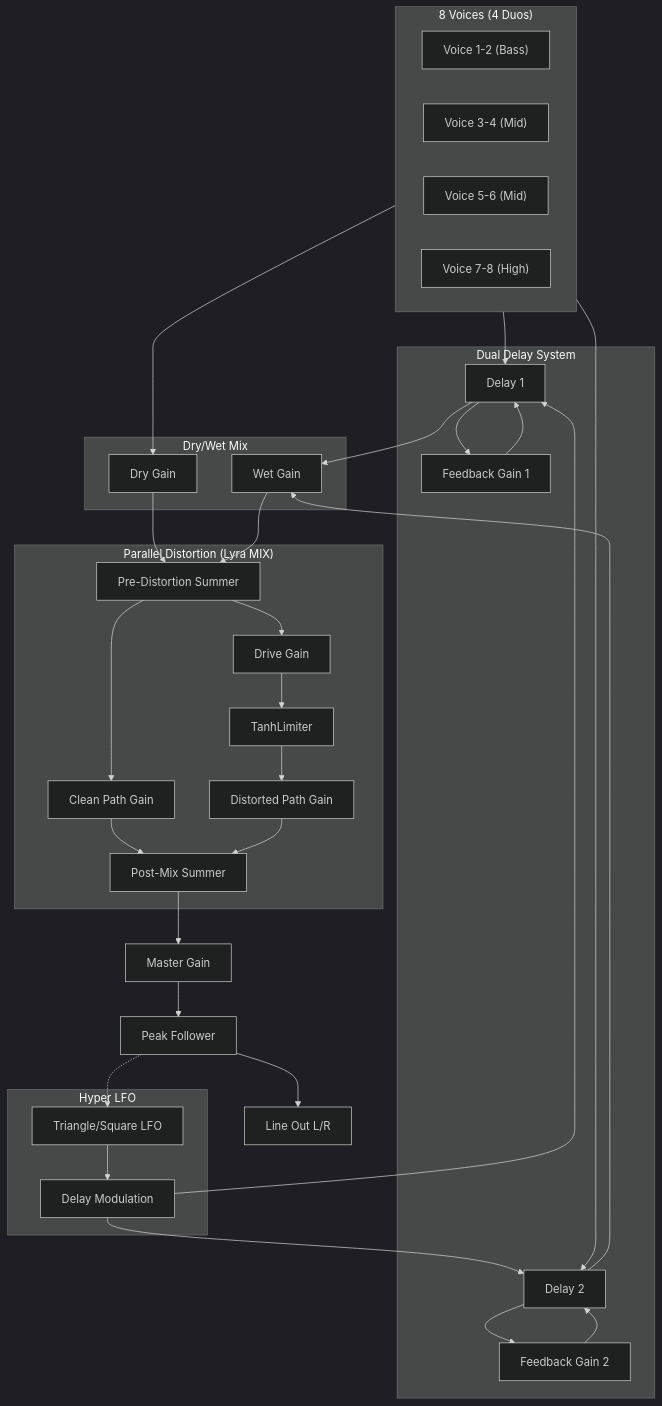
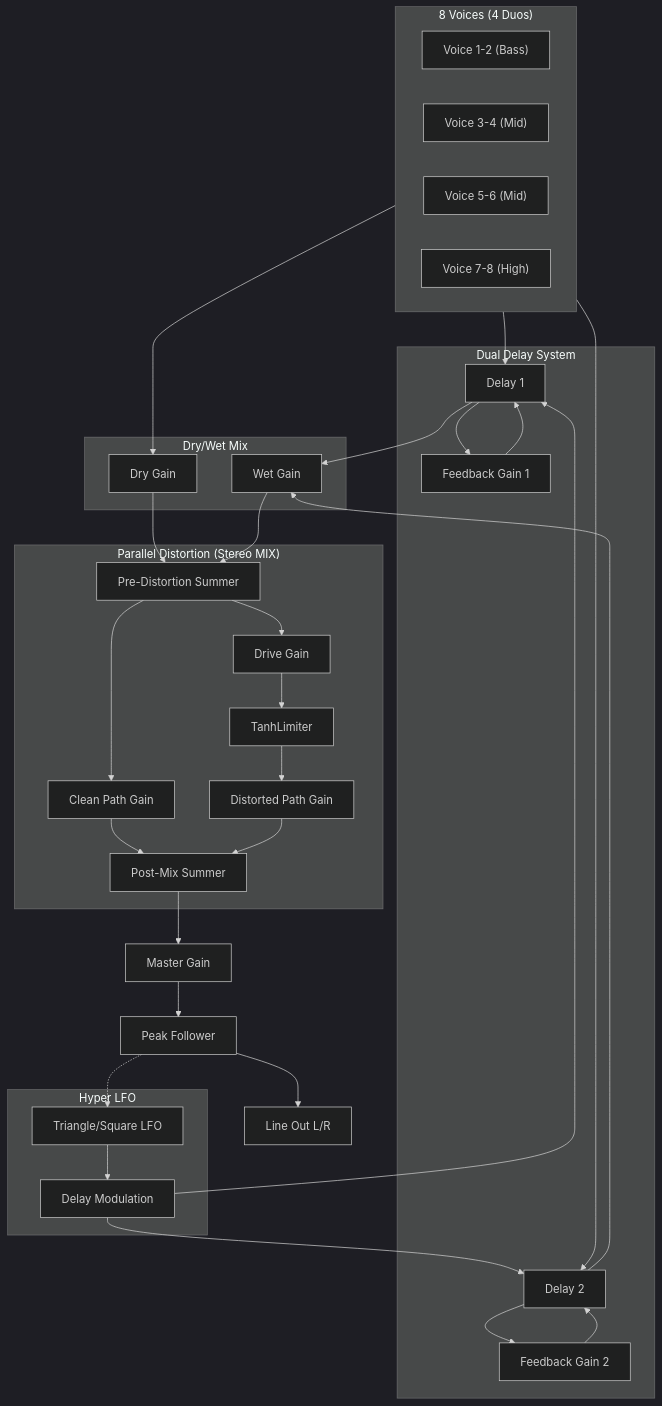
Before and after one commit to balch/orphic-fm-app: the diagram in docs/AUDIO_PATH.md, drawn with Mermaid (dark theme). The commit also changed other lines of this file and 284 other files, not shown here.

````diff
--- a/docs/AUDIO_PATH.md
+++ b/docs/AUDIO_PATH.md
@@ -5,57 +5,57 @@
 ```mermaid
 flowchart TD
     subgraph Voices["8 Voices (4 Duos)"]
         V1["Voice 1-2 (Bass)"]
         V2["Voice 3-4 (Mid)"]
         V3["Voice 5-6 (Mid)"]
         V4["Voice 7-8 (High)"]
     end
 
     subgraph Delays["Dual Delay System"]
         D1["Delay 1"]
         D2["Delay 2"]
         FB1["Feedback Gain 1"]
         FB2["Feedback Gain 2"]
     end
 
     subgraph LFO["Hyper LFO"]
         HLFO["Triangle/Square LFO"]
         LMOD["Delay Modulation"]
     end
 
     subgraph Mix["Dry/Wet Mix"]
         DRY["Dry Gain"]
         WET["Wet Gain"]
     end
 
-    subgraph Distortion["Parallel Distortion (Lyra MIX)"]
+    subgraph Distortion["Parallel Distortion (Stereo MIX)"]
         PRE["Pre-Distortion Summer"]
         CLEAN["Clean Path Gain"]
         DRIVE["Drive Gain"]
         LIM["TanhLimiter"]
         DIST["Distorted Path Gain"]
         POST["Post-Mix Summer"]
     end
 
     MASTER["Master Gain"]
     PEAK["Peak Follower"]
     OUT["Line Out L/R"]
 
     Voices --> D1 & D2
     Voices --> DRY
     
     D1 --> FB1 --> D1
     D2 --> FB2 --> D2
     D1 & D2 --> WET
     
     HLFO --> LMOD --> D1 & D2
     
     DRY --> PRE
     WET --> PRE
     
     PRE --> CLEAN --> POST
     PRE --> DRIVE --> LIM --> DIST --> POST
     
     POST --> MASTER --> PEAK --> OUT
     PEAK -.-> HLFO
 ```
````
